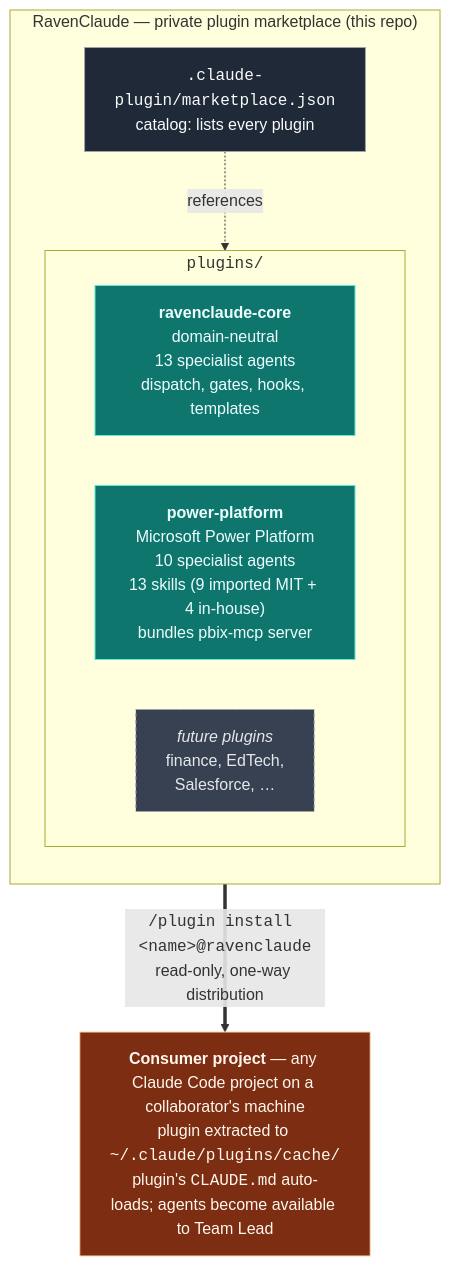
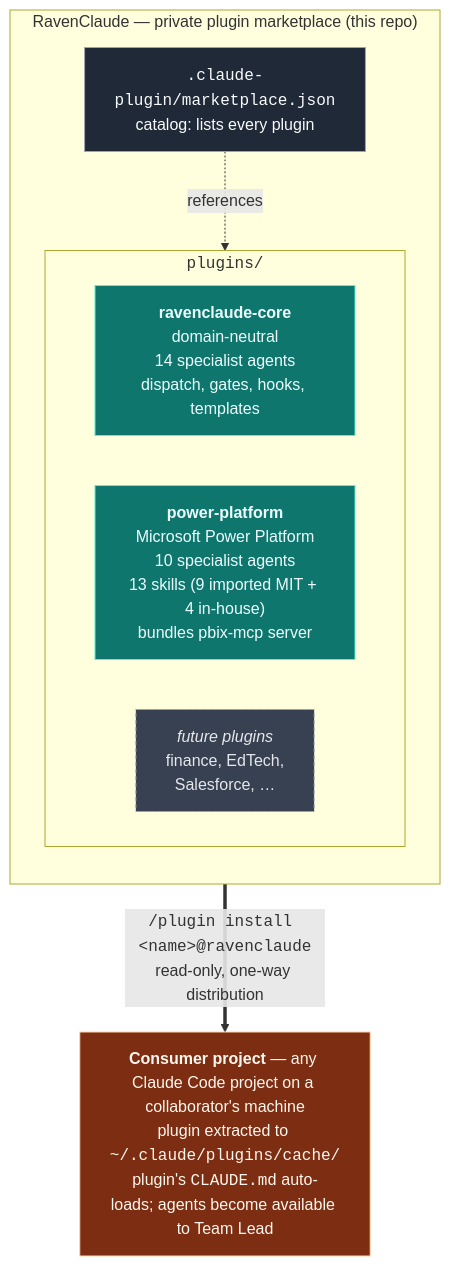
One commit to mcorbett51090/RavenClaude changed the diagram in docs/architecture.md. Above: the diagram before and after it, drawn with Mermaid. The commit also changed other lines of this file and 22 other files, not shown here.

````diff
--- a/docs/architecture.md
+++ b/docs/architecture.md
@@ -11,27 +11,27 @@
 ```mermaid
 flowchart TB
     subgraph marketplace["RavenClaude — private plugin marketplace (this repo)"]
         direction TB
         catalog["<code>.claude-plugin/marketplace.json</code><br/>catalog: lists every plugin"]
         subgraph plugindir["<code>plugins/</code>"]
             direction LR
-            core["<b>ravenclaude-core</b><br/>domain-neutral<br/>13 specialist agents<br/>dispatch, gates, hooks, templates"]
+            core["<b>ravenclaude-core</b><br/>domain-neutral<br/>14 specialist agents<br/>dispatch, gates, hooks, templates"]
             pp["<b>power-platform</b><br/>Microsoft Power Platform<br/>10 specialist agents<br/>13 skills (9 imported MIT + 4 in-house)<br/>bundles pbix-mcp server"]
             future["<i>future plugins</i><br/>finance, EdTech,<br/>Salesforce, …"]
         end
         catalog -.->|references| plugindir
     end
 
     consumer["<b>Consumer project</b> — any Claude Code project on a collaborator's machine<br/>plugin extracted to <code>~/.claude/plugins/cache/</code><br/>plugin's <code>CLAUDE.md</code> auto-loads; agents become available to Team Lead"]
 
     marketplace ==>|"<code>/plugin install &lt;name&gt;@ravenclaude</code><br/>read-only, one-way distribution"| consumer
 
     classDef hub fill:#1f2937,stroke:#9ca3af,color:#f9fafb
     classDef plugin fill:#0f766e,stroke:#5eead4,color:#ecfeff
     classDef future fill:#374151,stroke:#9ca3af,color:#e5e7eb,stroke-dasharray: 4 3
     classDef consumer fill:#7c2d12,stroke:#fed7aa,color:#fff7ed
     class catalog hub
     class core,pp plugin
     class future future
     class consumer consumer
 ```
````
